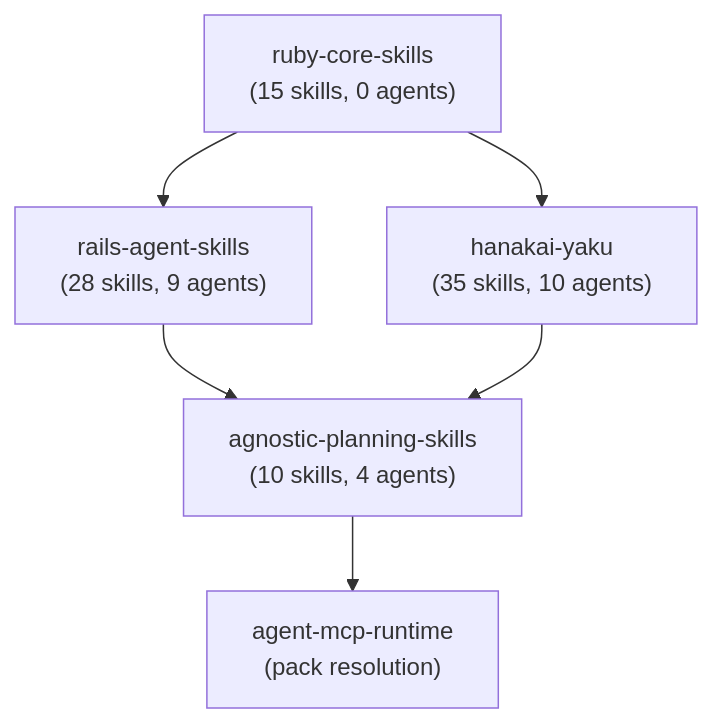
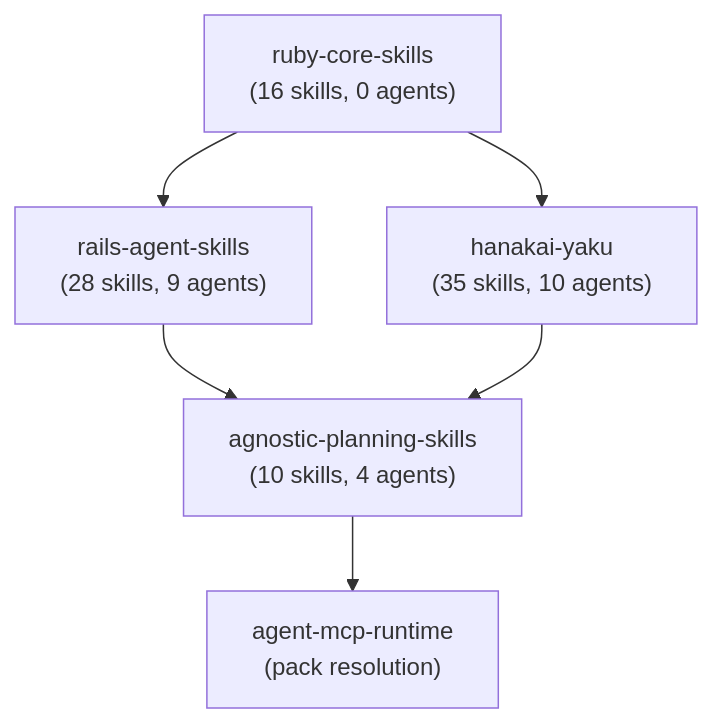
Before and after one commit to igmarin/ruby-core-skills: the diagram in docs/architecture/skill-classification.md, drawn with Mermaid. The commit also changed other lines of this file and 11 other files, not shown here.

````diff
--- a/docs/architecture/skill-classification.md
+++ b/docs/architecture/skill-classification.md
@@ -226,14 +232,14 @@
 ```mermaid
 flowchart TB
-    core["ruby-core-skills<br/>(15 skills, 0 agents)"]
+    core["ruby-core-skills<br/>(16 skills, 0 agents)"]
     rails["rails-agent-skills<br/>(28 skills, 9 agents)"]
     hanakai["hanakai-yaku<br/>(35 skills, 10 agents)"]
     agnostic["agnostic-planning-skills<br/>(10 skills, 4 agents)"]
     runtime["agent-mcp-runtime<br/>(pack resolution)"]
 
     core --> rails
     core --> hanakai
     rails --> agnostic
     hanakai --> agnostic
     agnostic --> runtime
 ```
````
